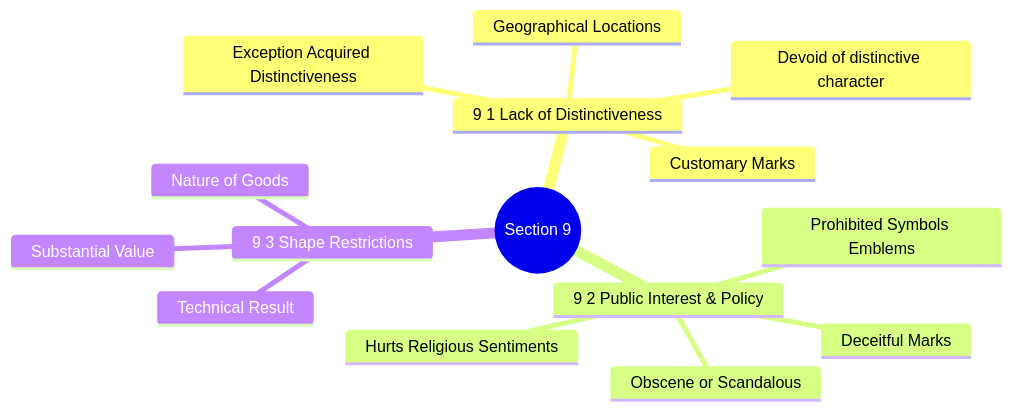
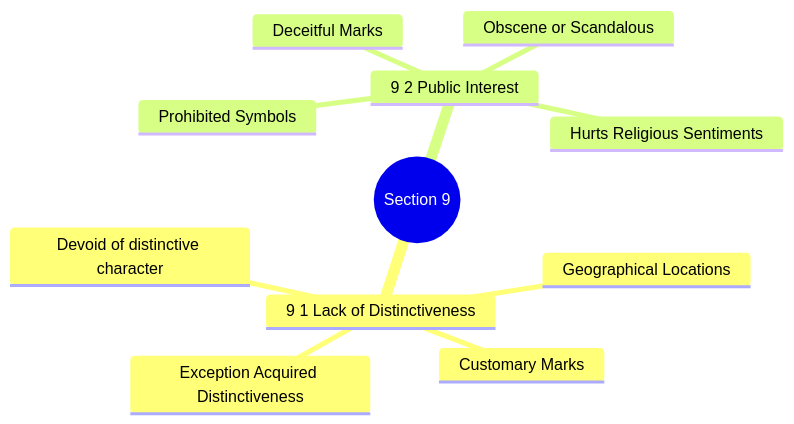
The sixth of 7 diagrams in 11_Grounds_for_Refusal_of_Registration_of_Trademarks.md (Aryns293/IPR), drawn with Mermaid before and after one commit. The commit also changed other lines of this file and 1 other file, not shown here.

Commit message:
Split mindmaps into multiple for better rendering

````diff
--- a/11_Grounds_for_Refusal_of_Registration_of_Trademarks.md
+++ b/11_Grounds_for_Refusal_of_Registration_of_Trademarks.md
@@ -319,18 +319,14 @@
 ```mermaid
 mindmap
   root((Section 9))
     9 1 Lack of Distinctiveness
       Devoid of distinctive character
       Geographical Locations
       Customary Marks
       Exception Acquired Distinctiveness
-    9 2 Public Interest & Policy
+    9 2 Public Interest
       Deceitful Marks
       Hurts Religious Sentiments
       Obscene or Scandalous
-      Prohibited Symbols Emblems
-    9 3 Shape Restrictions
-      Nature of Goods
-      Technical Result
-      Substantial Value
+      Prohibited Symbols
 ```
````
